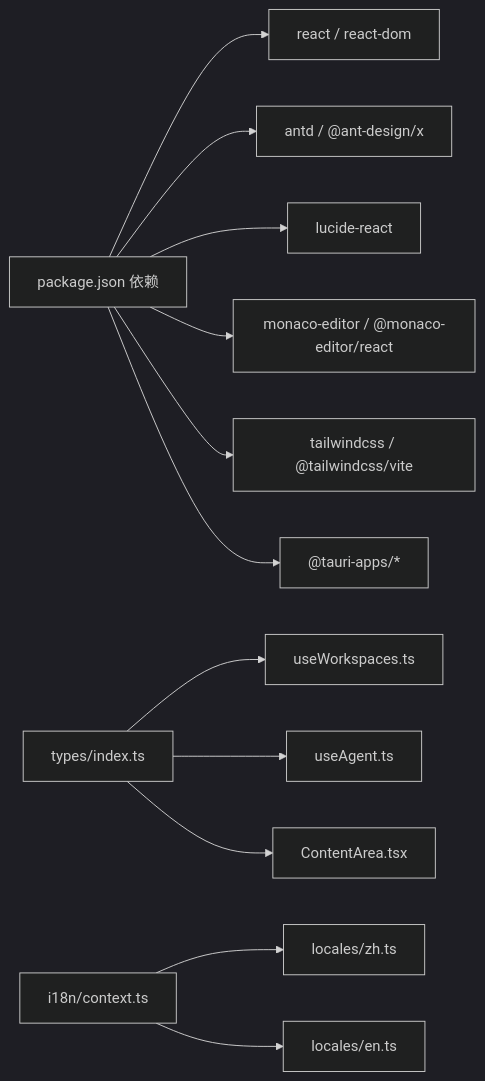
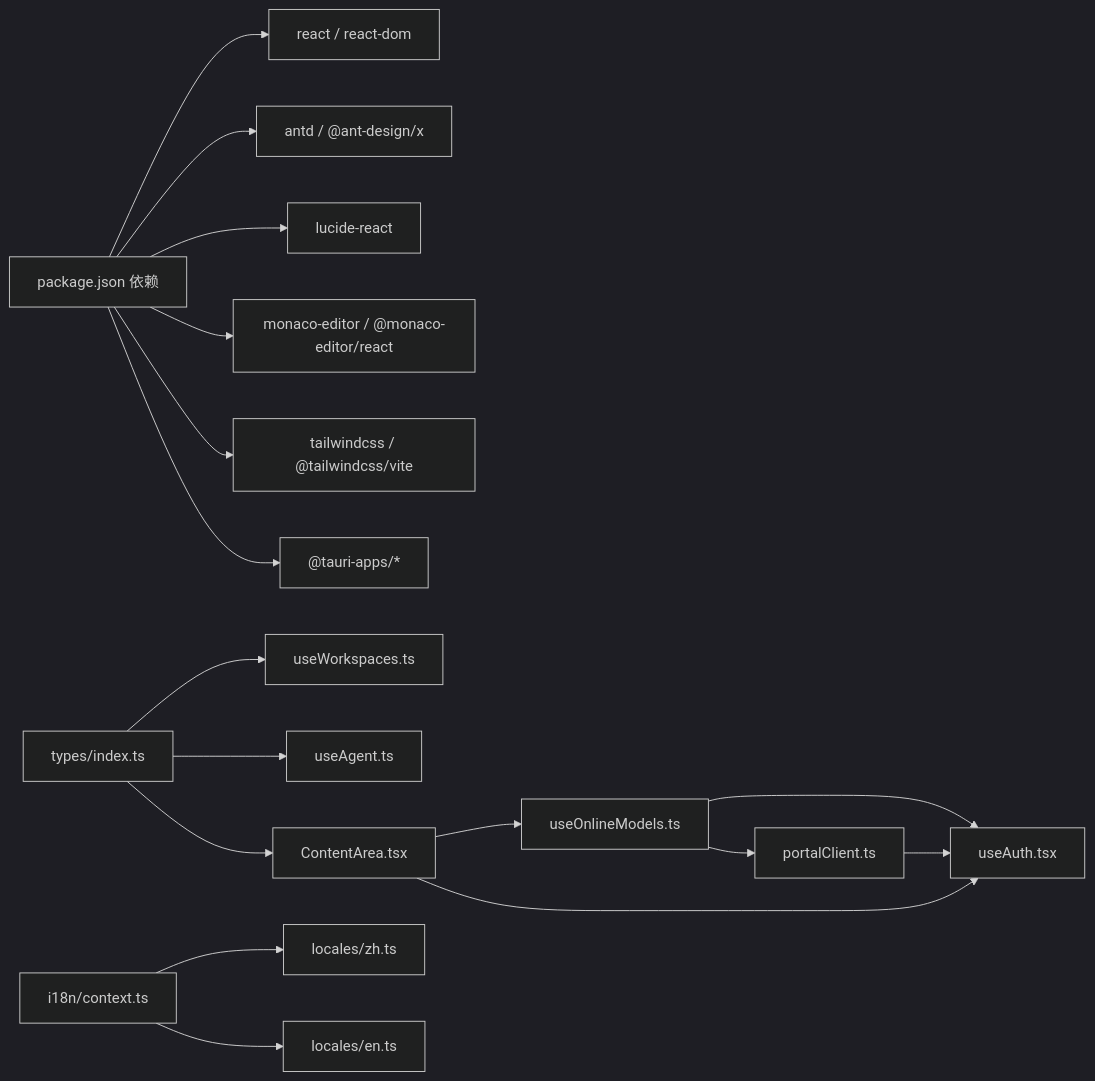
One commit to RabbitAI-Lab/RabbitCoding changed the seventh of 7 diagrams in .qoder/repowiki/zh/content/前端应用架构/前端应用架构.md. Above: the diagram before and after it, drawn with Mermaid (dark theme). The commit also changed other lines of this file and 66 other files, not shown here.

````diff
--- a/.qoder/repowiki/zh/content/前端应用架构/前端应用架构.md
+++ b/.qoder/repowiki/zh/content/前端应用架构/前端应用架构.md
@@ -303,14 +430,19 @@
 ```mermaid
 graph LR
 PKG["package.json 依赖"] --> REACT["react / react-dom"]
 PKG --> ANT["antd / @ant-design/x"]
 PKG --> ICON["lucide-react"]
 PKG --> MONACO["monaco-editor / @monaco-editor/react"]
 PKG --> TAI["tailwindcss / @tailwindcss/vite"]
 PKG --> TAURI["@tauri-apps/*"]
 TYPES["types/index.ts"] --> WS["useWorkspaces.ts"]
 TYPES --> AG["useAgent.ts"]
 TYPES --> CT["ContentArea.tsx"]
 I18N["i18n/context.ts"] --> LOCALE_ZH["locales/zh.ts"]
 I18N --> LOCALE_EN["locales/en.ts"]
+ONLINE_MODELS["useOnlineModels.ts"] --> PORTAL["portalClient.ts"]
+ONLINE_MODELS --> AUTH["useAuth.tsx"]
+PORTAL --> AUTH
+CT --> ONLINE_MODELS
+CT --> AUTH
 ```
````
